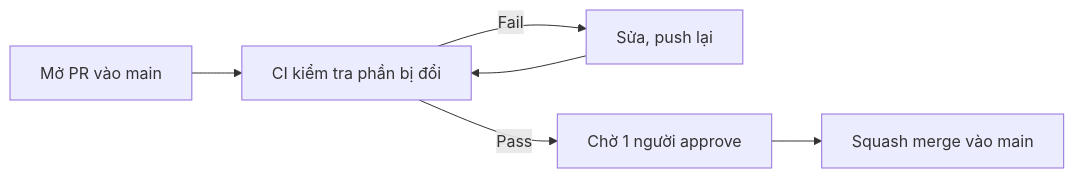
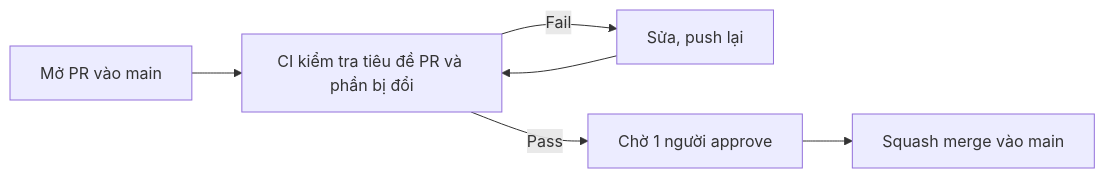
Before and after one commit to Verzol/vcraft: the diagram in docs/design/ci-cd.md, drawn with Mermaid. The commit also changed other lines of this file, not shown here.

````diff
--- a/docs/design/ci-cd.md
+++ b/docs/design/ci-cd.md
@@ -9,8 +9,8 @@
 ```mermaid
 flowchart LR
-    pr[Mở PR vào main] --> ci[CI kiểm tra phần bị đổi]
+    pr[Mở PR vào main] --> ci[CI kiểm tra tiêu đề PR và phần bị đổi]
     ci -->|Fail| fix[Sửa, push lại]
     fix --> ci
     ci -->|Pass| review[Chờ 1 người approve]
     review --> merge[Squash merge vào main]
 ```
````
